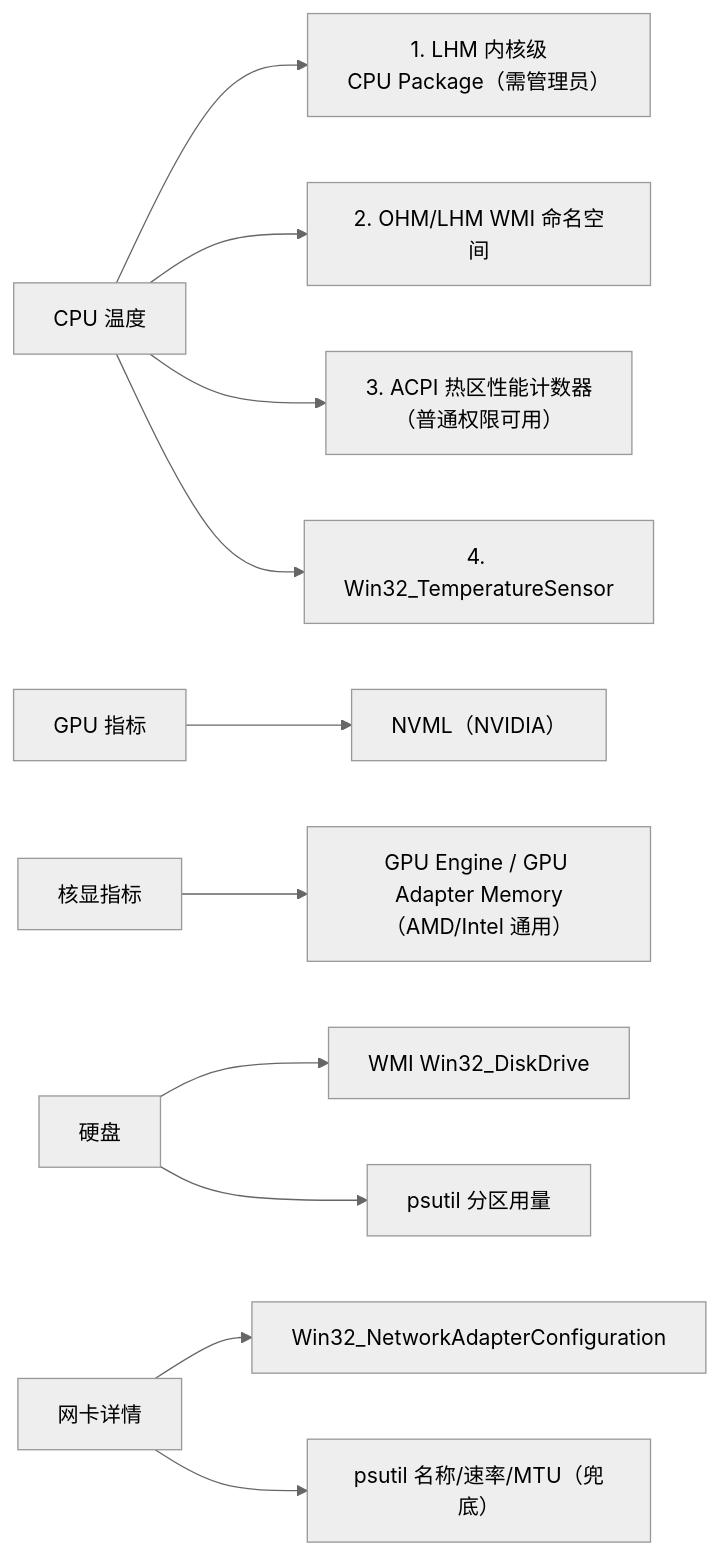
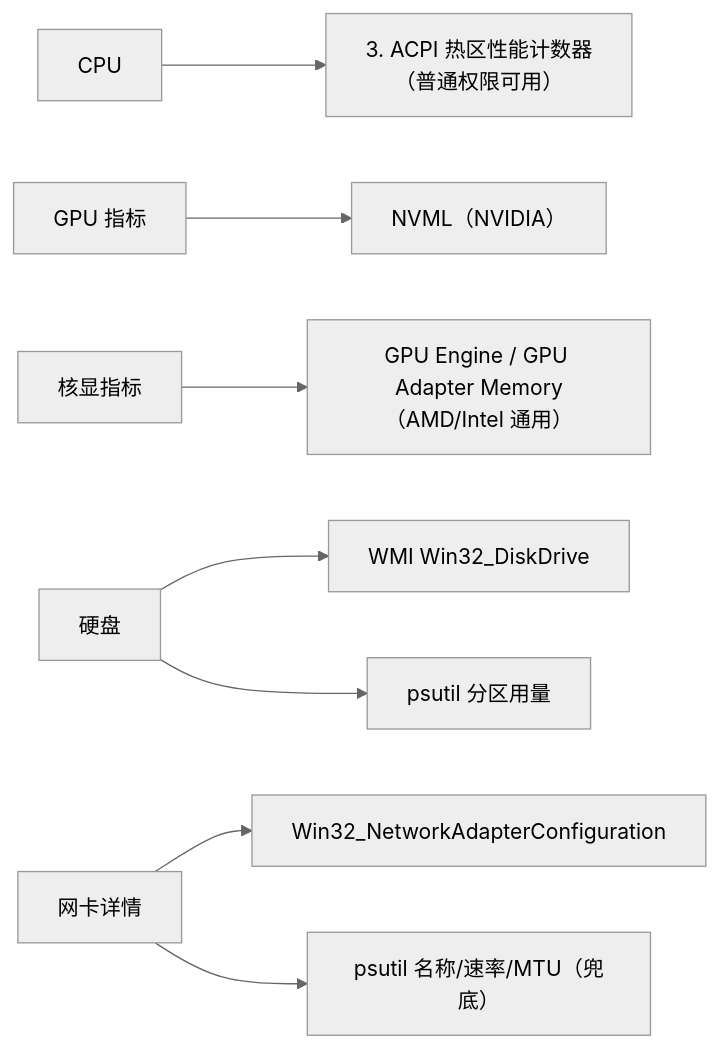
One commit to tyvtjhj/system-resource-monitor changed the fourth of 4 diagrams in docs/01-架构总览.md. Above: the diagram before and after it, drawn with Mermaid (neutral theme). The commit also changed other lines of this file and 26 other files, not shown here.

````diff
--- a/docs/01-架构总览.md
+++ b/docs/01-架构总览.md
@@ -183,13 +167,10 @@
 ```mermaid
 flowchart LR
-    CPU["CPU 温度"] --> LHM["1. LHM 内核级<br/>CPU Package（需管理员）"]
-    CPU --> OHM["2. OHM/LHM WMI 命名空间"]
     CPU --> ACPI["3. ACPI 热区性能计数器<br/>（普通权限可用）"]
-    CPU --> WMI["4. Win32_TemperatureSensor"]
     GPU["GPU 指标"] --> NVML["NVML（NVIDIA）"]
     IGPU["核显指标"] --> PDH["GPU Engine / GPU Adapter Memory<br/>（AMD/Intel 通用）"]
     DISK["硬盘"] --> WMI2["WMI Win32_DiskDrive"]
     DISK --> PS["psutil 分区用量"]
     NET["网卡详情"] --> WMI3["Win32_NetworkAdapterConfiguration"]
     NET --> PS2["psutil 名称/速率/MTU（兜底）"]
 ```
````
